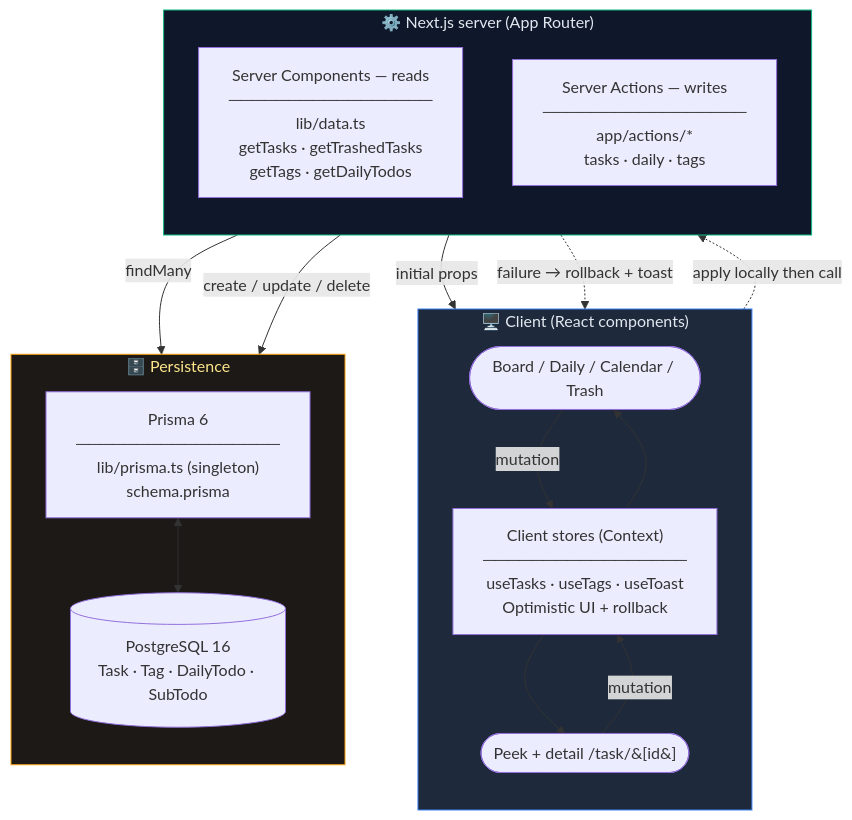
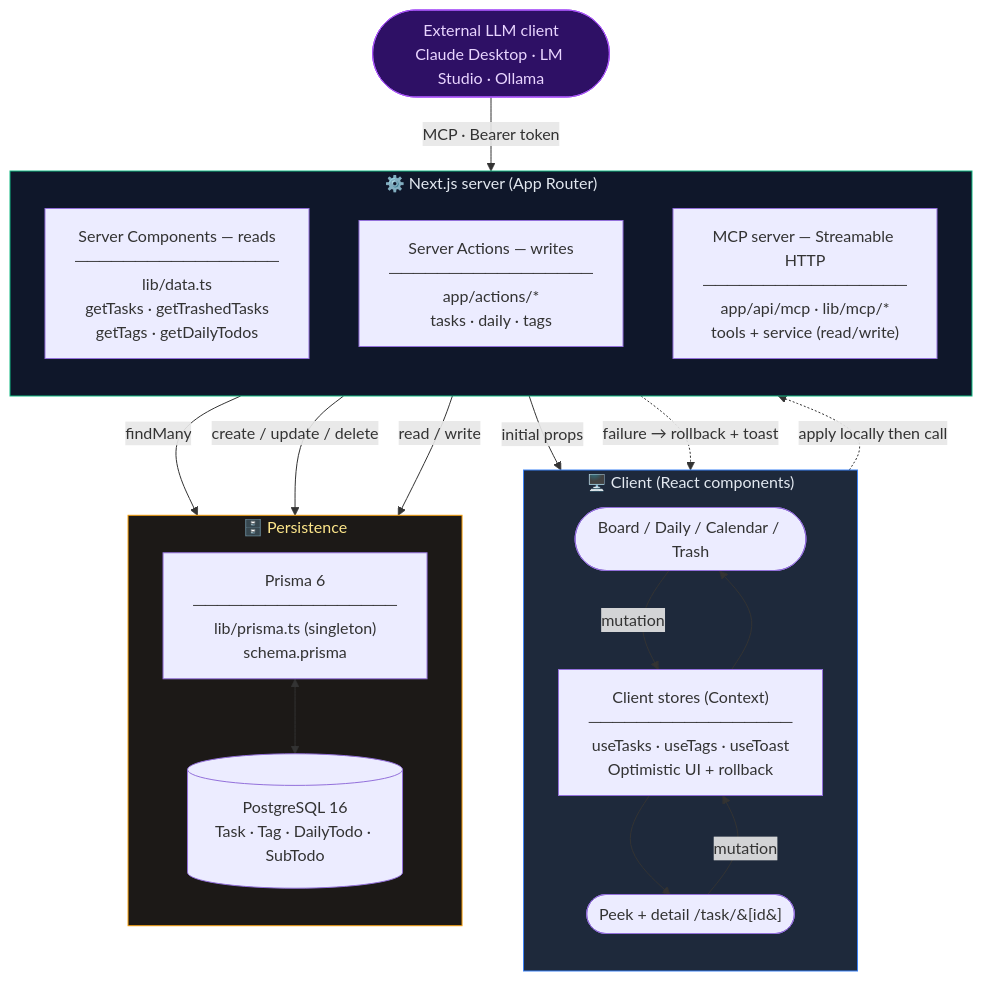
The diagram in README.md (maximebgd/tasks-manager), drawn with Mermaid before and after one commit. The commit also changed other lines of this file and 11 other files, not shown here.

First line of the commit message:
feat: add MCP server for external LLM access

````diff
--- a/README.md
+++ b/README.md
@@ -173,43 +200,51 @@
 ```mermaid
 flowchart TD
     subgraph CLIENT["🖥️ Client (React components)"]
         direction TB
         U1([Board / Daily / Calendar / Trash])
         U2([Peek + detail /task/&#91;id&#93;])
         CTX["Client stores (Context)\n─────────────────\nuseTasks · useTags · useToast\nOptimistic UI + rollback"]
     end
 
     subgraph SERVER["⚙️ Next.js server (App Router)"]
         direction TB
         RC["Server Components — reads\n─────────────────\nlib/data.ts\ngetTasks · getTrashedTasks\ngetTags · getDailyTodos"]
         SA["Server Actions — writes\n─────────────────\napp/actions/*\ntasks · daily · tags"]
+        MCP["MCP server — Streamable HTTP\n─────────────────\napp/api/mcp · lib/mcp/*\ntools + service (read/write)"]
     end
+
+    LLM([External LLM client\nClaude Desktop · LM Studio · Ollama])
 
     subgraph DATA["🗄️ Persistence"]
         direction TB
         PR["Prisma 6\n─────────────────\nlib/prisma.ts (singleton)\nschema.prisma"]
         DB[("PostgreSQL 16\nTask · Tag · DailyTodo · SubTodo")]
     end
 
     %% Initialization (read)
     RC -->|"initial props"| CTX
     RC -->|"findMany"| PR
 
     %% Render
     CTX --> U1
     CTX --> U2
 
     %% Mutations (optimistic write)
     U1 -->|"mutation"| CTX
     U2 -->|"mutation"| CTX
     CTX -.->|"apply locally then call"| SA
     SA -->|"create / update / delete"| PR
     SA -.->|"failure → rollback + toast"| CTX
 
+    %% MCP (external LLM)
+    LLM -->|"MCP · Bearer token"| MCP
+    MCP -->|"read / write"| PR
+
     PR <--> DB
 
     %% Styles
     style CLIENT fill:#1e293b,color:#e2e8f0,stroke:#3b82f6
     style SERVER fill:#0f172a,color:#e2e8f0,stroke:#10b981
     style DATA fill:#1c1917,color:#fde68a,stroke:#f59e0b
+    style LLM fill:#2e1065,color:#e9d5ff,stroke:#a855f7
 ```
````
